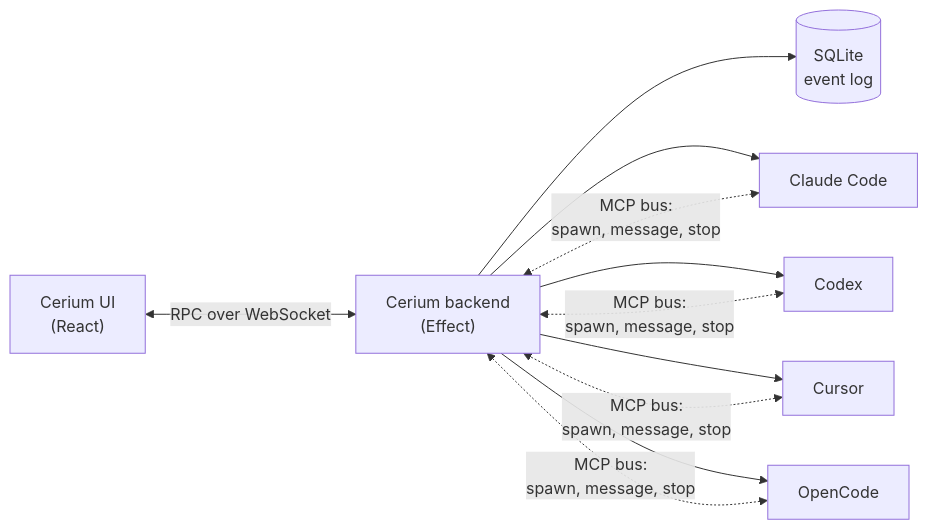
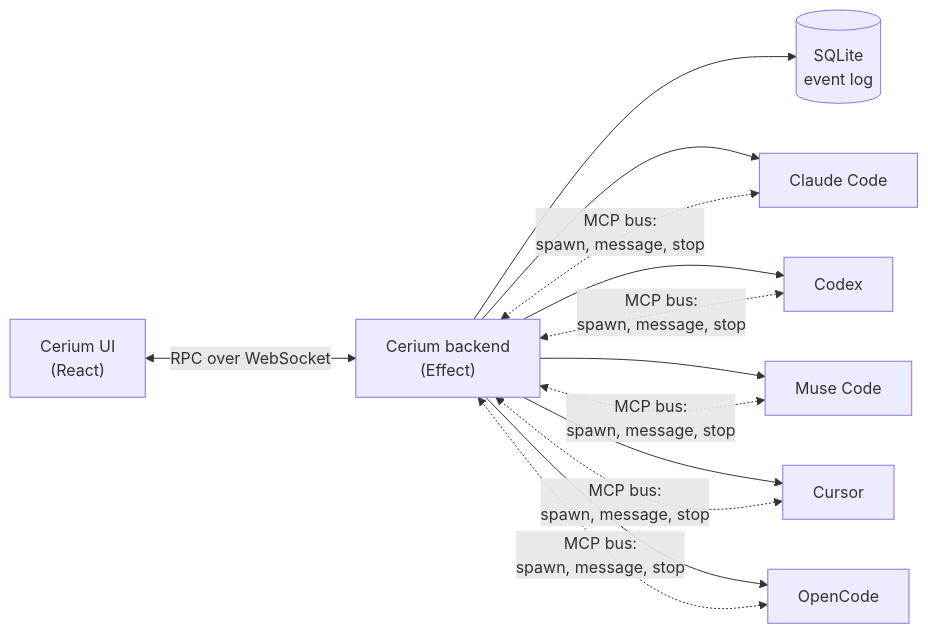
Before and after one commit to CeriumHQ/cerium: the diagram in README.md, drawn with Mermaid. The commit also changed other lines of this file and 17 other files, not shown here.

````diff
--- a/README.md
+++ b/README.md
@@ -108,10 +111,11 @@
 ```mermaid
 flowchart LR
   UI["Cerium UI<br/>(React)"] <-- "RPC over WebSocket" --> Backend["Cerium backend<br/>(Effect)"]
   Backend --> Store[("SQLite<br/>event log")]
   Backend --> Claude["Claude Code"]
   Backend --> Codex["Codex"]
+  Backend --> Muse["Muse Code"]
   Backend --> Cursor["Cursor"]
   Backend --> OpenCode["OpenCode"]
-  Claude & Codex & Cursor & OpenCode <-. "MCP bus:<br/>spawn, message, stop" .-> Backend
+  Claude & Codex & Muse & Cursor & OpenCode <-. "MCP bus:<br/>spawn, message, stop" .-> Backend
 ```
````
